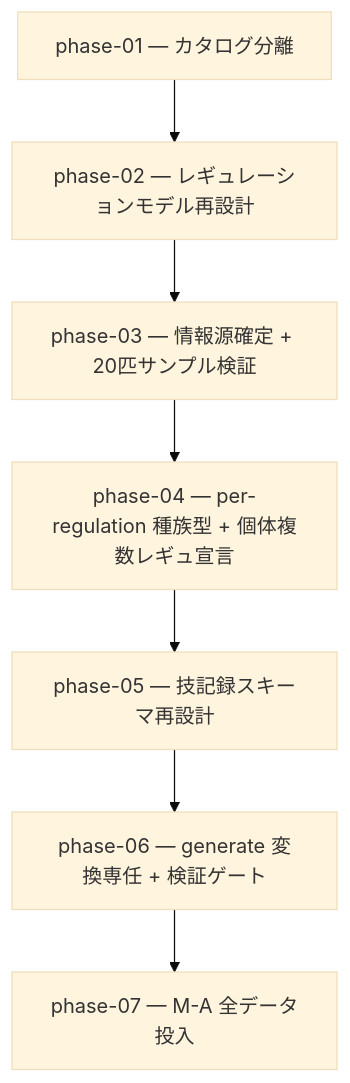
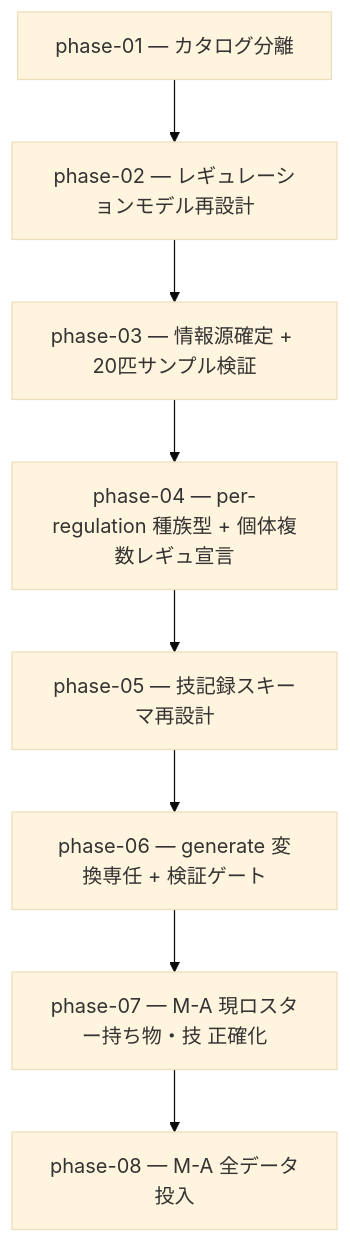
The diagram in docs/plan/02-data-model-redesign/README.md (subroh0508/pokeform), drawn with Mermaid (base theme) before and after one commit. The commit also changed other lines of this file and 3 other files, not shown here.

First line of the commit message:
docs(plan): 02 に Phase 7「M-A 現ロスター持ち物・技 正確化」を追加 + M-A 全データ投入を Phase 8 へ renumber

````diff
--- a/docs/plan/02-data-model-redesign/README.md
+++ b/docs/plan/02-data-model-redesign/README.md
@@ -14,9 +14,10 @@
 ```mermaid
 flowchart TD
     P1[phase-01 — カタログ分離] --> P2[phase-02 — レギュレーションモデル再設計]
     P2 --> P3[phase-03 — 情報源確定 + 20匹サンプル検証]
     P3 --> P4[phase-04 — per-regulation 種族型 + 個体複数レギュ宣言]
     P4 --> P5[phase-05 — 技記録スキーマ再設計]
     P5 --> P6[phase-06 — generate 変換専任 + 検証ゲート]
-    P6 --> P7[phase-07 — M-A 全データ投入]
+    P6 --> P7[phase-07 — M-A 現ロスター持ち物・技 正確化]
+    P7 --> P8[phase-08 — M-A 全データ投入]
 ```
````
